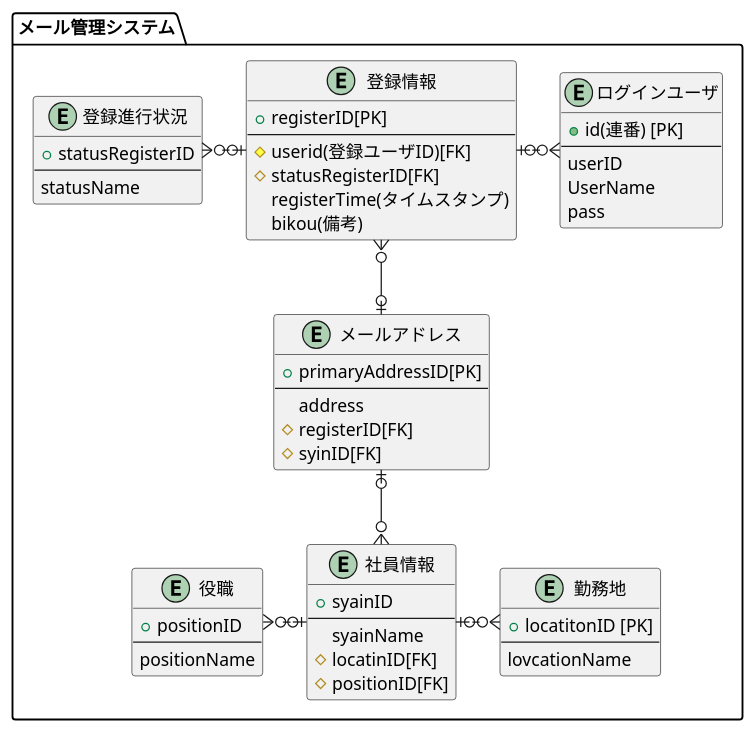
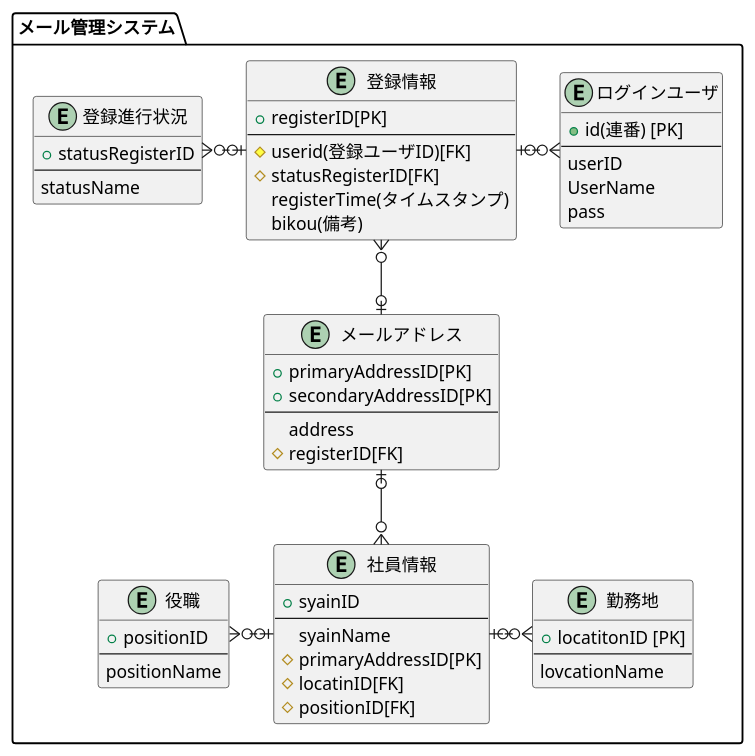
The diagram in doc/UML/ER.puml (KKimishima/MailAdmin), drawn with PlantUML before and after one commit. The commit also changed 1 other file, not shown here.

```diff
--- a/doc/UML/ER.puml
+++ b/doc/UML/ER.puml
@@ -1,56 +1,57 @@
 @startuml
 package "メール管理システム" {
     entity "ログインユーザ" as loginUser {
         + id(連番) [PK]
         ----
         userID
         UserName
         pass
     }
     entity "勤務地" as location{
         + locatitonID [PK]
         ---
         lovcationName
     }
     entity "メールアドレス" as maillAddress{
         + primaryAddressID[PK]
+        + secondaryAddressID[PK]
         ---
         address
         # registerID[FK]
-        # syinID[FK]
     }
     entity "役職" as position{
         + positionID
         ---
         positionName
     }
     entity "社員情報" as syainInfo{
         + syainID
         ---
         syainName
+        # primaryAddressID[PK]
         # locatinID[FK]
         # positionID[FK]
     }
     entity "登録進行状況" as statusRegiser{
         + statusRegisterID
         ---
         statusName
     }
     entity "登録情報" as regiseter{
         + registerID[PK]
         ----
         # userid(登録ユーザID)[FK]
         # statusRegisterID[FK]
         registerTime(タイムスタンプ)
         bikou(備考)
     }
 
     maillAddress |o--o{ syainInfo
     syainInfo |o--l-o{ position
     syainInfo |o-ri-o{ location
     regiseter |o-ri-o{ loginUser
     regiseter |o-l-o{ statusRegiser
     regiseter }o--o| maillAddress
 
 }
 @enduml
```
